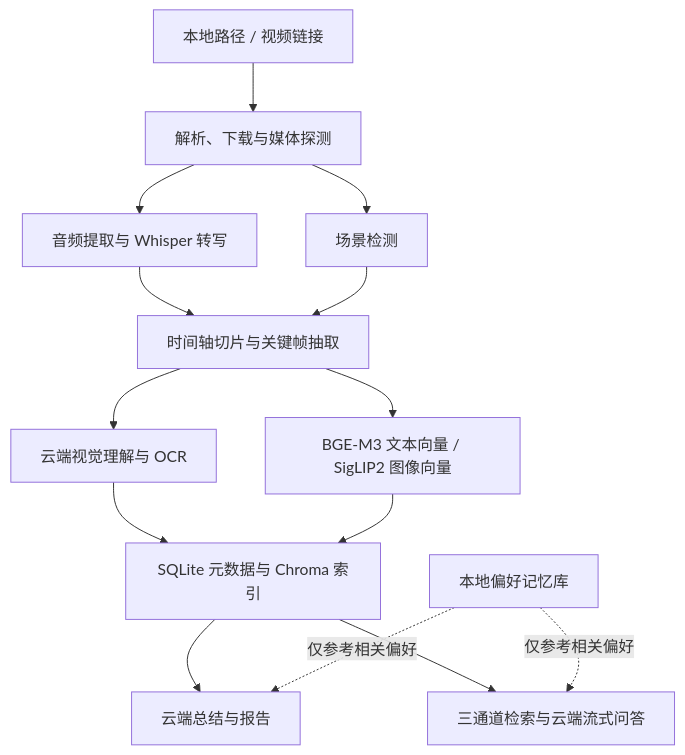
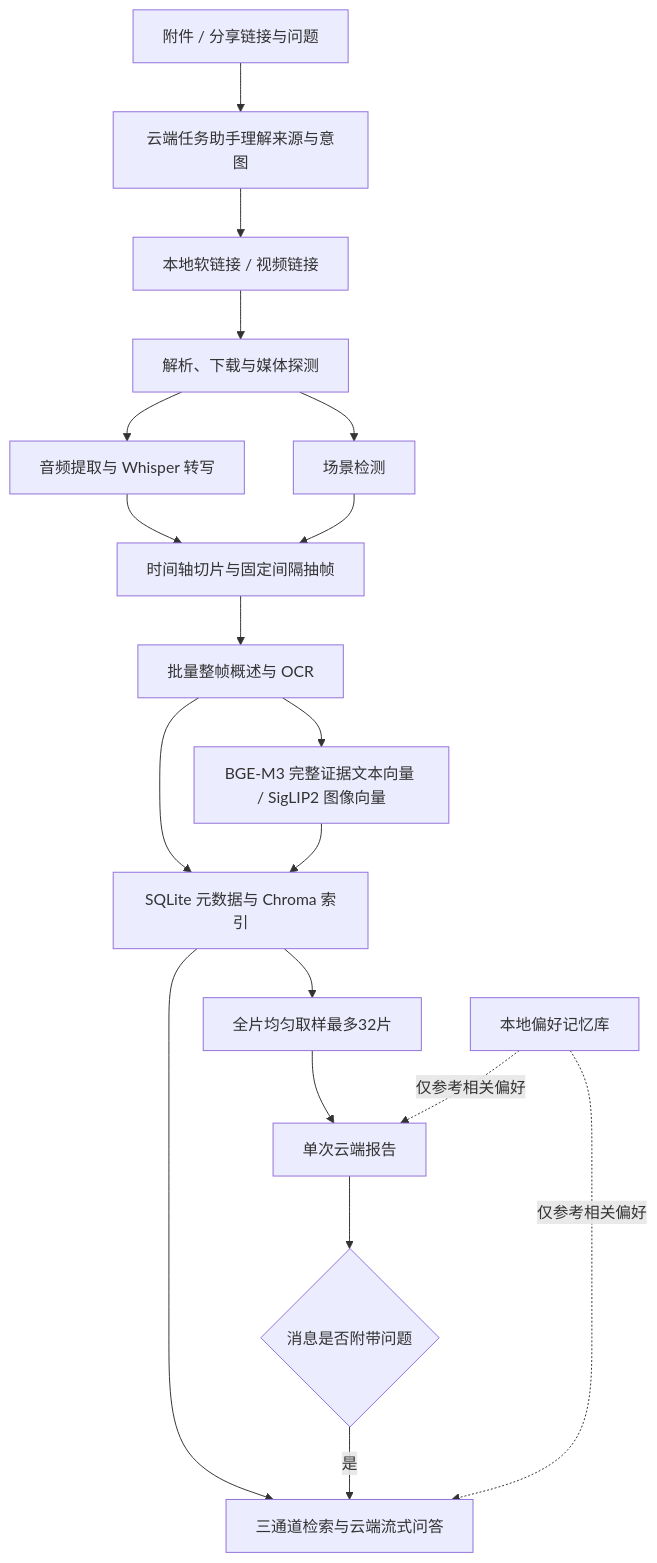
Before and after one commit to ohhh2020/VideoLens: the diagram in docs/README.md, drawn with Mermaid. The commit also changed other lines of this file and 126 other files, not shown here.

````diff
--- a/docs/README.md
+++ b/docs/README.md
@@ -11,16 +21,21 @@
 ```mermaid
 flowchart TD
-    A[本地路径 / 视频链接] --> B[解析、下载与媒体探测]
+    U[附件 / 分享链接与问题] --> S[云端任务助手理解来源与意图]
+    S --> A[本地软链接 / 视频链接]
+    A --> B[解析、下载与媒体探测]
     B --> C[音频提取与 Whisper 转写]
     B --> D[场景检测]
-    C --> E[时间轴切片与关键帧抽取]
+    C --> E[时间轴切片与固定间隔抽帧]
     D --> E
-    E --> F[云端视觉理解与 OCR]
-    E --> G[BGE-M3 文本向量 / SigLIP2 图像向量]
+    E --> F[批量整帧概述与 OCR]
+    F --> G[BGE-M3 完整证据文本向量 / SigLIP2 图像向量]
     F --> H[SQLite 元数据与 Chroma 索引]
     G --> H
-    H --> I[云端总结与报告]
+    H --> T[全片均匀取样最多32片]
+    T --> I[单次云端报告]
     H --> J[三通道检索与云端流式问答]
+    I --> Q{消息是否附带问题}
+    Q -->|是| J
     K[本地偏好记忆库] -.仅参考相关偏好.-> I
     K -.仅参考相关偏好.-> J
 ```
````
